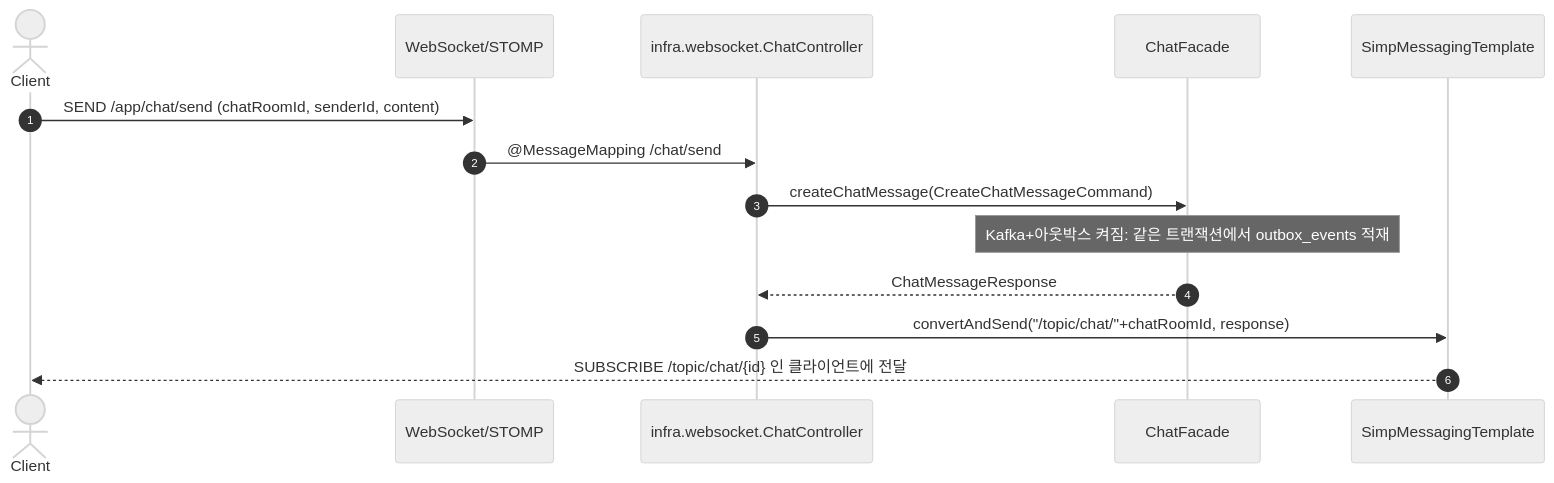
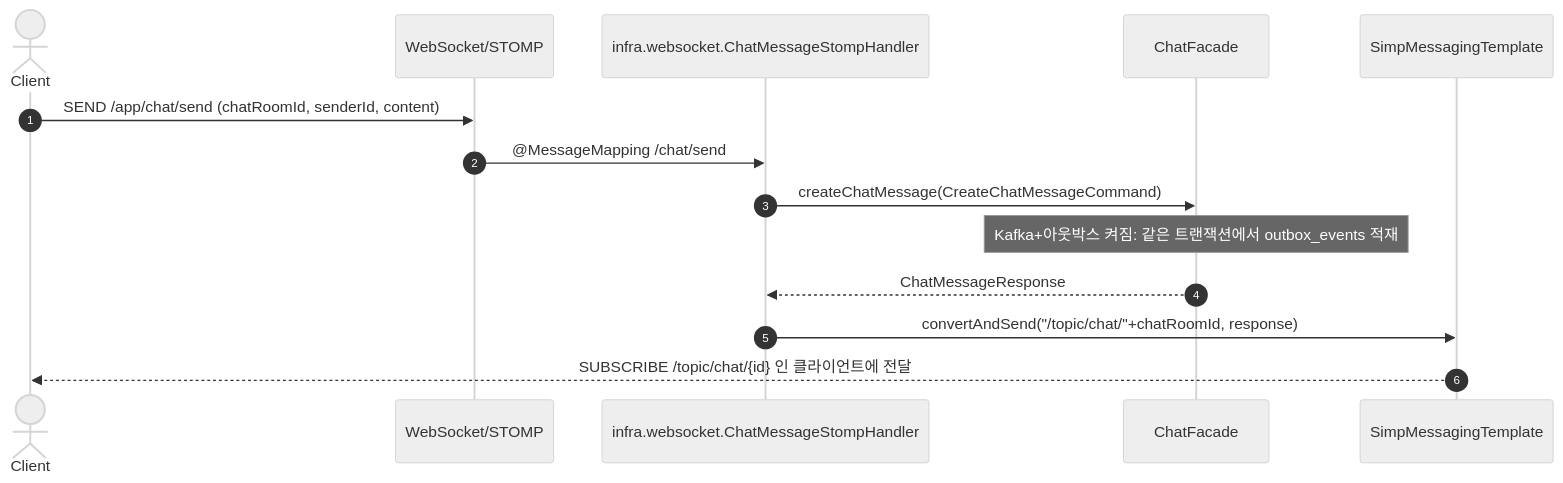
The fourth of 4 diagrams in docs/SEQUENCE_DIAGRAM.md (net79736/onharu-backend-v2), drawn with Mermaid (neutral theme) before and after one commit. The commit also changed other lines of this file and 18 other files, not shown here.

````diff
--- a/docs/SEQUENCE_DIAGRAM.md
+++ b/docs/SEQUENCE_DIAGRAM.md
@@ -115,17 +115,17 @@
 ```mermaid
 sequenceDiagram
     autonumber
     actor Client
     participant StompBroker as WebSocket/STOMP
-    participant ChatController as infra.websocket.ChatController
+    participant ChatStomp as infra.websocket.ChatMessageStompHandler
     participant ChatFacade
     participant SimpMessagingTemplate
 
     Client->>StompBroker: SEND /app/chat/send (chatRoomId, senderId, content)
-    StompBroker->>ChatController: @MessageMapping /chat/send
-    ChatController->>ChatFacade: createChatMessage(CreateChatMessageCommand)
+    StompBroker->>ChatStomp: @MessageMapping /chat/send
+    ChatStomp->>ChatFacade: createChatMessage(CreateChatMessageCommand)
     Note over ChatFacade: Kafka+아웃박스 켜짐: 같은 트랜잭션에서 outbox_events 적재
-    ChatFacade-->>ChatController: ChatMessageResponse
-    ChatController->>SimpMessagingTemplate: convertAndSend("/topic/chat/"+chatRoomId, response)
+    ChatFacade-->>ChatStomp: ChatMessageResponse
+    ChatStomp->>SimpMessagingTemplate: convertAndSend("/topic/chat/"+chatRoomId, response)
     SimpMessagingTemplate-->>Client: SUBSCRIBE /topic/chat/{id} 인 클라이언트에 전달
 ```
````
